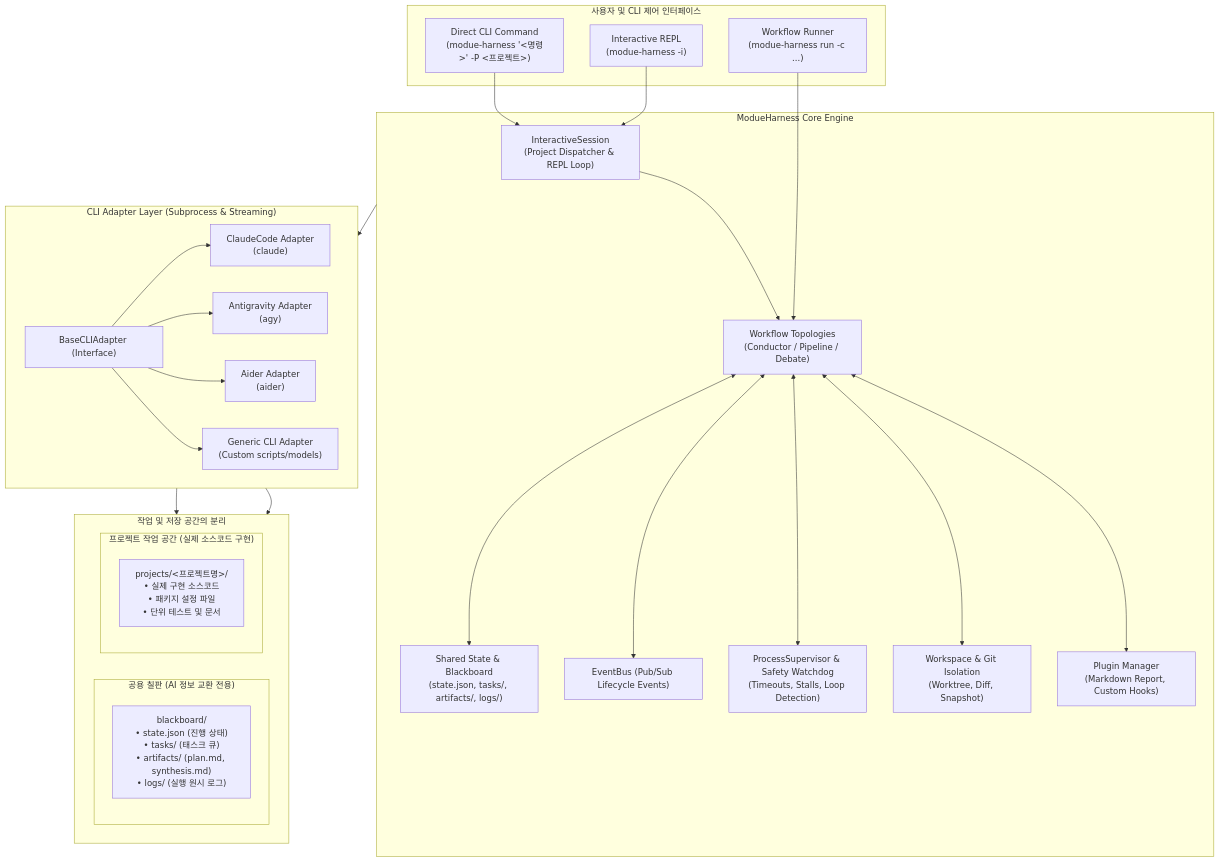
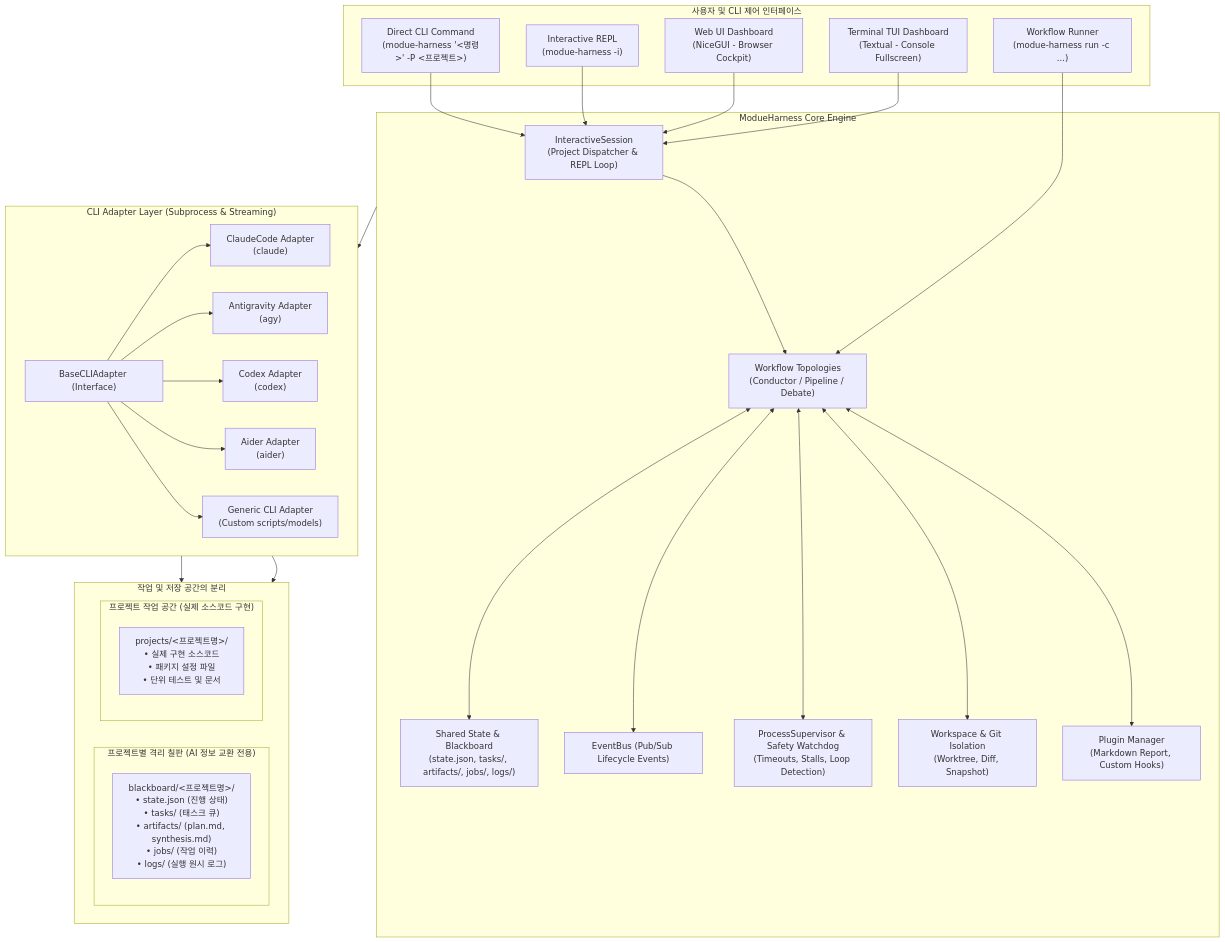
The first of 2 diagrams in docs/architecture.md (jaenimi-dev/ModueHarness), drawn with Mermaid before and after one commit. The commit also changed other lines of this file and 4 other files, not shown here.

Commit message:
docs: ensure consistency across README and docs (v0.8.0, 101 tests, Codex guide links, isolated blackboard)

````diff
--- a/docs/architecture.md
+++ b/docs/architecture.md
@@ -18,58 +18,64 @@
 ```mermaid
 flowchart TB
     subgraph UserInterface["사용자 및 CLI 제어 인터페이스"]
         CLICommand["Direct CLI Command\n(modue-harness '<명령>' -P <프로젝트>)"]
         REPL["Interactive REPL\n(modue-harness -i)"]
+        WebUI["Web UI Dashboard\n(NiceGUI - Browser Cockpit)"]
+        TUI["Terminal TUI Dashboard\n(Textual - Console Fullscreen)"]
         LegacyWorkflow["Workflow Runner\n(modue-harness run -c ...)"]
     end
 
     subgraph CoreEngine["ModueHarness Core Engine"]
         InteractiveEngine["InteractiveSession\n(Project Dispatcher & REPL Loop)"]
         WorkflowMgr["Workflow Topologies\n(Conductor / Pipeline / Debate)"]
-        Blackboard["Shared State & Blackboard\n(state.json, tasks/, artifacts/, logs/)"]
+        Blackboard["Shared State & Blackboard\n(state.json, tasks/, artifacts/, jobs/, logs/)"]
         EventBus["EventBus (Pub/Sub Lifecycle Events)"]
         Supervisor["ProcessSupervisor & Safety Watchdog\n(Timeouts, Stalls, Loop Detection)"]
         WorkspaceMgr["Workspace & Git Isolation\n(Worktree, Diff, Snapshot)"]
         Plugins["Plugin Manager\n(Markdown Report, Custom Hooks)"]
         
         InteractiveEngine --> WorkflowMgr
         WorkflowMgr <--> Blackboard
         WorkflowMgr <--> EventBus
         WorkflowMgr <--> Supervisor
         WorkflowMgr <--> WorkspaceMgr
         WorkflowMgr <--> Plugins
     end
 
     subgraph AdapterLayer["CLI Adapter Layer (Subprocess & Streaming)"]
         BaseAdapter["BaseCLIAdapter (Interface)"]
         
         ClaudeAdapter["ClaudeCode Adapter\n(claude)"]
         AGYAdapter["Antigravity Adapter\n(agy)"]
+        CodexAdapter["Codex Adapter\n(codex)"]
         AiderAdapter["Aider Adapter\n(aider)"]
         GenericAdapter["Generic CLI Adapter\n(Custom scripts/models)"]
         
         BaseAdapter --> ClaudeAdapter
         BaseAdapter --> AGYAdapter
+        BaseAdapter --> CodexAdapter
         BaseAdapter --> AiderAdapter
         BaseAdapter --> GenericAdapter
     end
 
     subgraph StorageSpaces["작업 및 저장 공간의 분리"]
         direction LR
-        subgraph BlackboardSpace["공용 칠판 (AI 정보 교환 전용)"]
-            BBDir["blackboard/\n• state.json (진행 상태)\n• tasks/ (태스크 큐)\n• artifacts/ (plan.md, synthesis.md)\n• logs/ (실행 원시 로그)"]
+        subgraph BlackboardSpace["프로젝트별 격리 칠판 (AI 정보 교환 전용)"]
+            BBDir["blackboard/<프로젝트명>/\n• state.json (진행 상태)\n• tasks/ (태스크 큐)\n• artifacts/ (plan.md, synthesis.md)\n• jobs/ (작업 이력)\n• logs/ (실행 원시 로그)"]
         end
 
         subgraph ProjectSpace["프로젝트 작업 공간 (실제 소스코드 구현)"]
             ProjDir["projects/<프로젝트명>/\n• 실제 구현 소스코드\n• 패키지 설정 파일\n• 단위 테스트 및 문서"]
         end
     end
 
     CLICommand --> InteractiveEngine
     REPL --> InteractiveEngine
+    WebUI --> InteractiveEngine
+    TUI --> InteractiveEngine
     LegacyWorkflow --> WorkflowMgr
 
     CoreEngine --> AdapterLayer
     AdapterLayer --> BlackboardSpace
     AdapterLayer --> ProjectSpace
 ```
````
